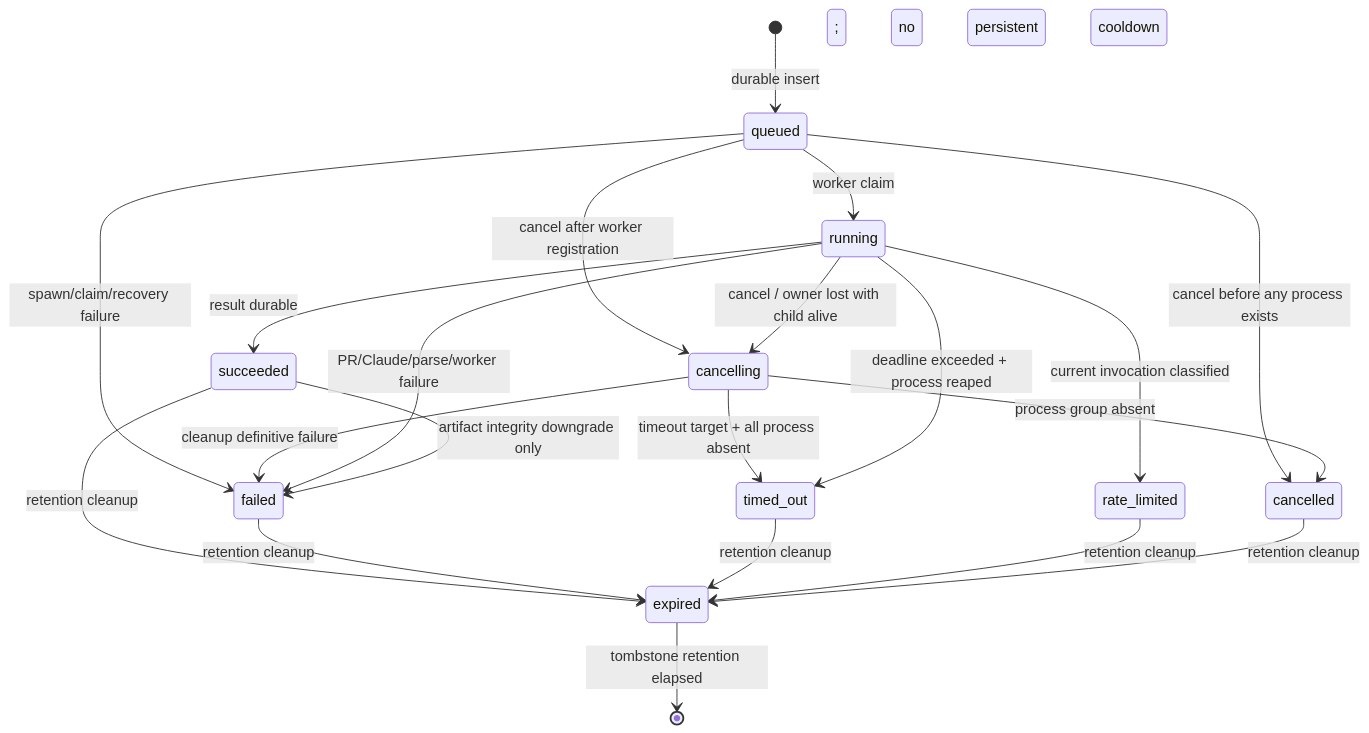
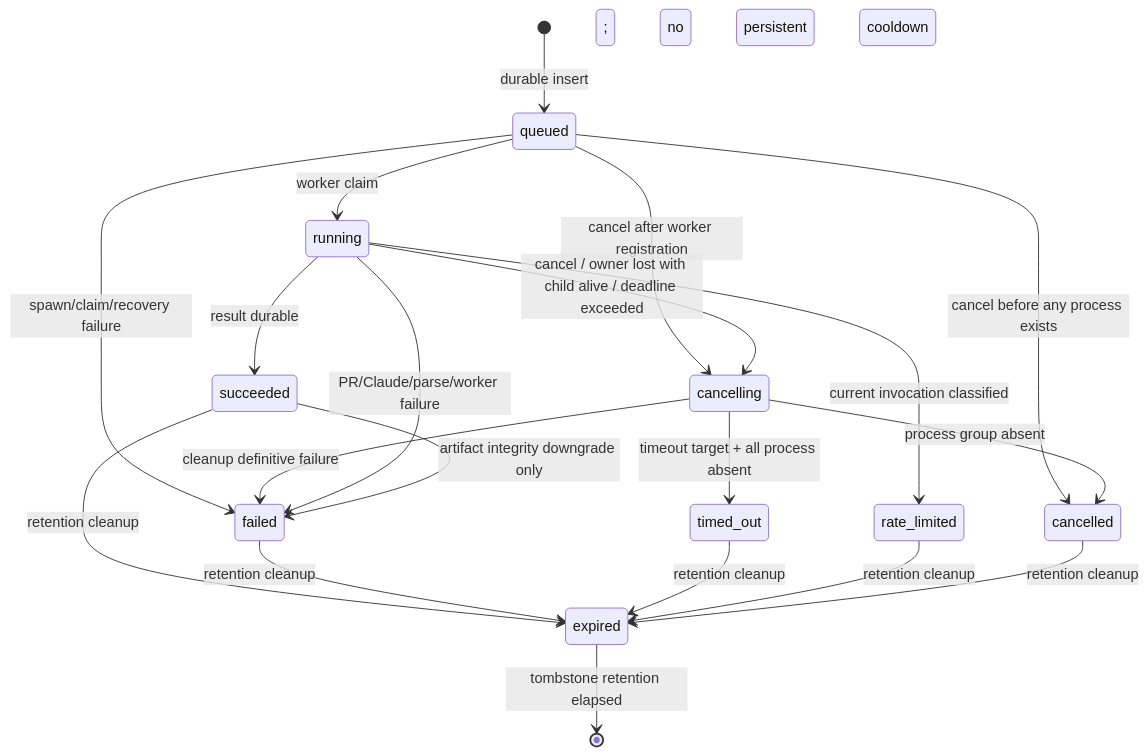
The first of 2 diagrams in docs/design/issue-217-async-claude-review.md (hiratashinnya/review-system), drawn with Mermaid before and after one commit. The commit also changed other lines of this file, not shown here.

````diff
--- a/docs/design/issue-217-async-claude-review.md
+++ b/docs/design/issue-217-async-claude-review.md
@@ -279,23 +279,22 @@
 ```mermaid
 stateDiagram-v2
     [*] --> queued: durable insert
     queued --> running: worker claim
     queued --> failed: spawn/claim/recovery failure
     queued --> cancelling: cancel after worker registration
     queued --> cancelled: cancel before any process exists
-    running --> cancelling: cancel / owner lost with child alive
+    running --> cancelling: cancel / owner lost with child alive / deadline exceeded
     cancelling --> cancelled: process group absent
     cancelling --> failed: cleanup definitive failure
     cancelling --> timed_out: timeout target + all process absent
     running --> succeeded: result durable
     running --> failed: PR/Claude/parse/worker failure
-    running --> timed_out: deadline exceeded + process reaped
     running --> rate_limited: current invocation classified; no persistent cooldown
     succeeded --> failed: artifact integrity downgrade only
     succeeded --> expired: retention cleanup
     failed --> expired: retention cleanup
     timed_out --> expired: retention cleanup
     rate_limited --> expired: retention cleanup
     cancelled --> expired: retention cleanup
     expired --> [*]: tombstone retention elapsed
 ```
````
